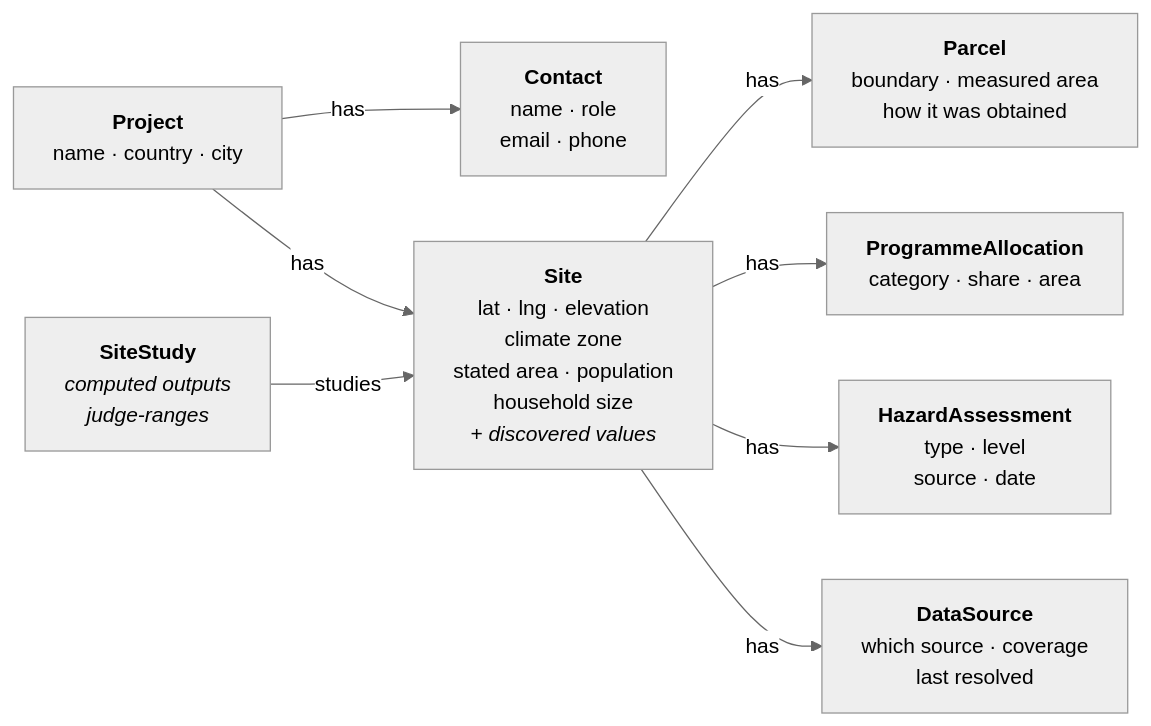
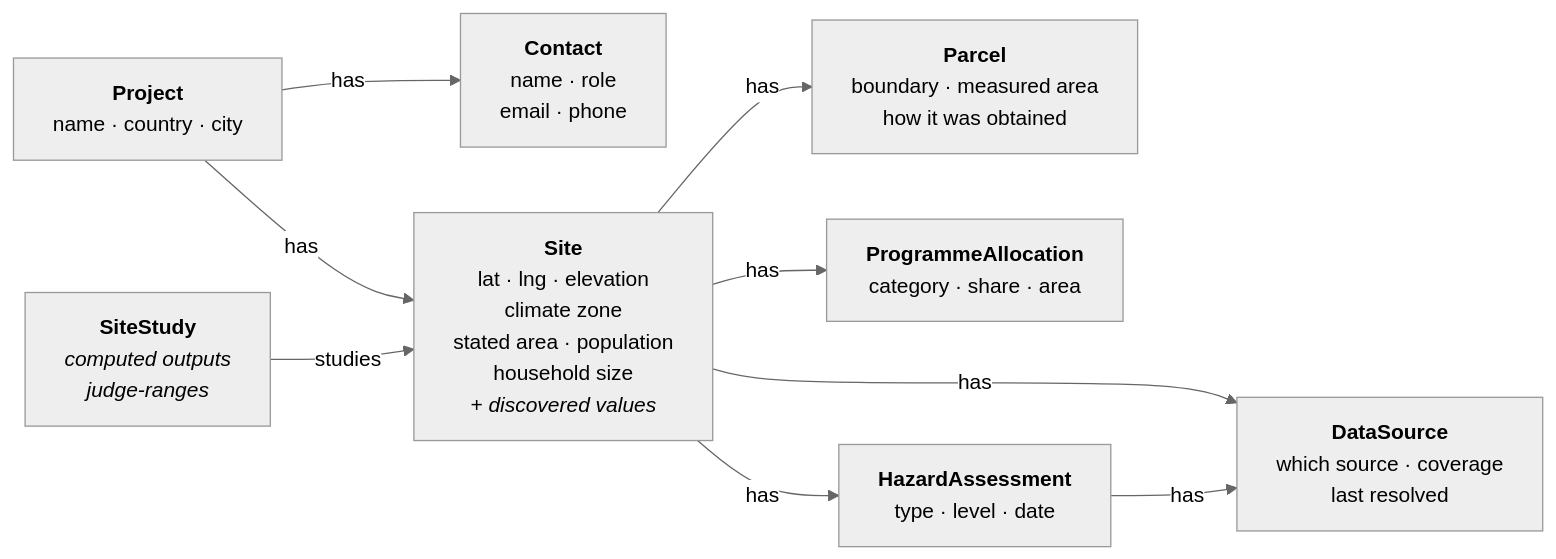
The seventh of 10 diagrams in docs/LAND_INTAKE.md (ReGen-Villages/VillageOS-API), drawn with Mermaid (neutral theme) before and after one commit. The commit also changed other lines of this file and 8 other files, not shown here.

````diff
--- a/docs/LAND_INTAKE.md
+++ b/docs/LAND_INTAKE.md
@@ -486,19 +497,20 @@
 ```mermaid
 flowchart LR
   PR["<b>Project</b><br/>name · country · city"]
   CO["<b>Contact</b><br/>name · role<br/>email · phone"]
   SI["<b>Site</b><br/>lat · lng · elevation<br/>climate zone<br/>stated area · population<br/>household size<br/><i>+ discovered values</i>"]
   ST["<b>SiteStudy</b><br/><i>computed outputs</i><br/><i>judge-ranges</i>"]
   PA["<b>Parcel</b><br/>boundary · measured area<br/>how it was obtained"]
   AL["<b>ProgrammeAllocation</b><br/>category · share · area"]
-  HA["<b>HazardAssessment</b><br/>type · level<br/>source · date"]
+  HA["<b>HazardAssessment</b><br/>type · level · date"]
   DS["<b>DataSource</b><br/>which source · coverage<br/>last resolved"]
 
   PR -->|has| CO
   PR -->|has| SI
   SI -->|has| PA
   SI -->|has| AL
   SI -->|has| HA
   SI -->|has| DS
+  HA -->|has| DS
   ST -->|studies| SI
 ```
````
